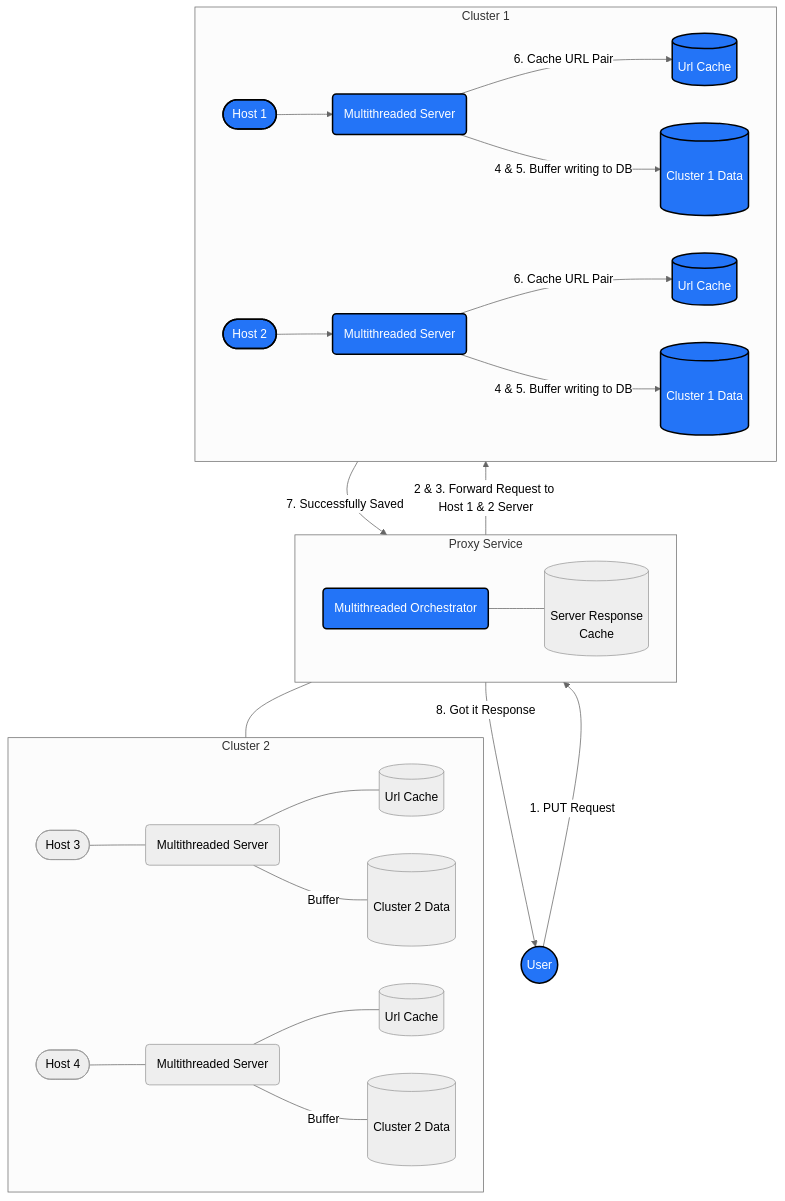
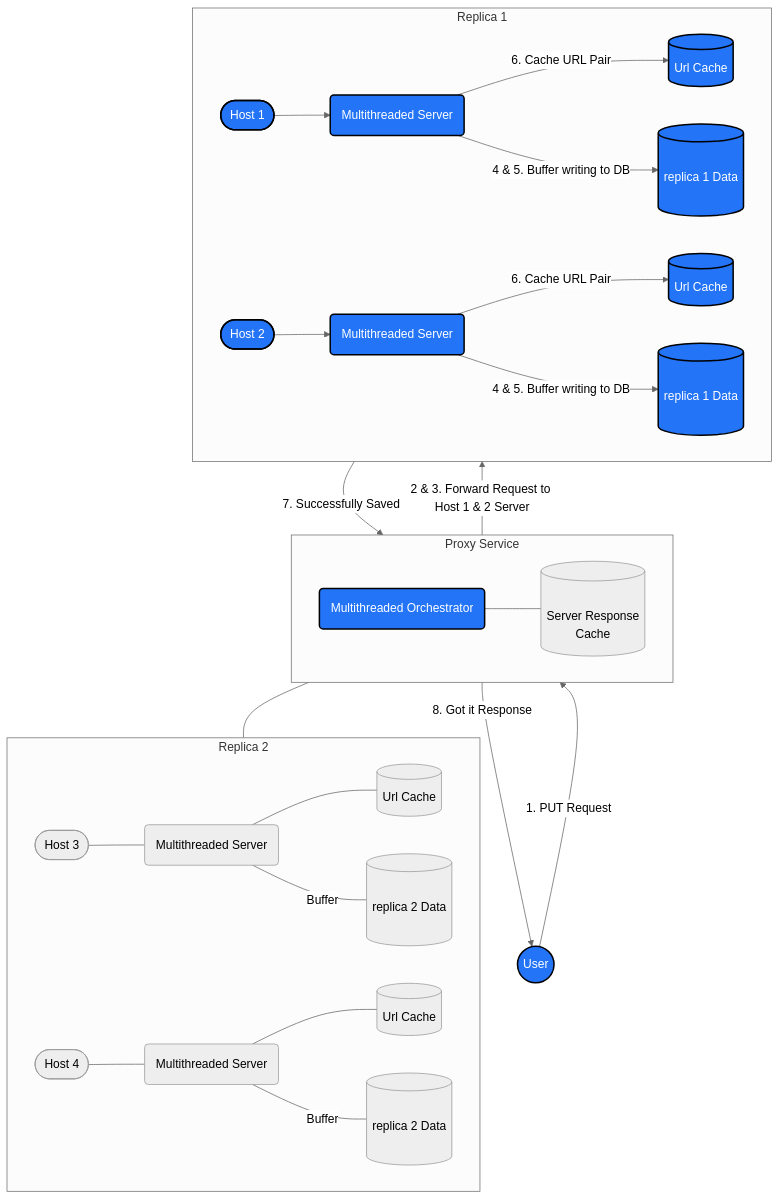
Before and after one commit to anthonytedja/redirect: the third of 3 diagrams in README.md, drawn with Mermaid (neutral theme). The commit also changed other lines of this file and 18 other files, not shown here.

````diff
--- a/README.md
+++ b/README.md
@@ -146,31 +158,31 @@
 ```mermaid
 graph TD
   user((User)):::blue
   user --> |1. PUT Request| proxy
-  proxy --> |2 & 3. Forward Request to Host 1 & 2 Server| cluster1
-  proxy --- cluster2
+  proxy --> |2 & 3. Forward Request to Host 1 & 2 Server| replica1
+  proxy --- replica2
   subgraph proxy["Proxy Service"]
   orchestrator(Multithreaded Orchestrator):::blue --- cache[(<br>Server Response <br> Cache)]
   end
-  subgraph cluster2["Cluster 2"]
+  subgraph replica2["Replica 2"]
   host3([Host 3]) --- server3(Multithreaded Server)
   server3 --- cache3[(Url Cache)]
-  server3 --- |Buffer| cluster2db1[(<br> Cluster 2 Data <br><br>)]
+  server3 --- |Buffer| replica2db1[(<br> replica 2 Data <br><br>)]
   host4([Host 4]) --- server4(Multithreaded Server)
   server4 --- cache4[(Url Cache)]
-  server4 --- |Buffer| cluster2db2[(<br> Cluster 2 Data <br><br>)]
+  server4 --- |Buffer| replica2db2[(<br> replica 2 Data <br><br>)]
   end
-  subgraph cluster1["Cluster 1"]
+  subgraph replica1["Replica 1"]
   host1([Host 1]):::blue --> server1(Multithreaded Server):::blue
   server1 --> |6. Cache URL Pair| cache1[(Url Cache)]:::blue
-  server1 --> |4 & 5. Buffer writing to DB| cluster1db1[(<br> Cluster 1 Data <br><br>)]:::blue
+  server1 --> |4 & 5. Buffer writing to DB| replica1db1[(<br> replica 1 Data <br><br>)]:::blue
   host2([Host 2]):::blue --> server2(Multithreaded Server):::blue
   server2 --> |6. Cache URL Pair| cache2[(Url Cache)]:::blue
-  server2 --> |4 & 5. Buffer writing to DB| cluster1db2[(<br> Cluster 1 Data <br><br>)]:::blue
+  server2 --> |4 & 5. Buffer writing to DB| replica1db2[(<br> replica 1 Data <br><br>)]:::blue
   end
-  cluster1 --> |7. Successfully Saved| proxy
+  replica1 --> |7. Successfully Saved| proxy
   proxy --> |8. Got it Response| user
   
 %% Colors %%
 classDef blue fill:#2374f7,stroke:#000,stroke-width:2px,color:#fff
 ```
````
